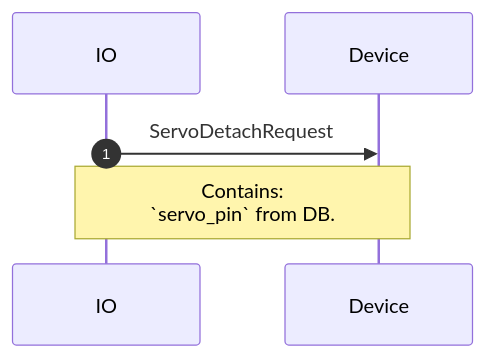
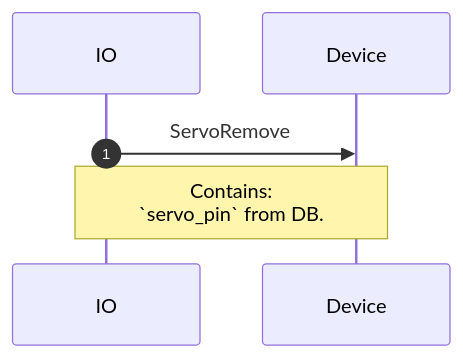
Before and after one commit to adafruit/Wippersnapper_Protobuf: the fourth of 5 diagrams in proto/wippersnapper/docs/servo.md, drawn with Mermaid. The commit also changed other lines of this file and 6 other files, not shown here.

````diff
--- a/proto/wippersnapper/docs/servo.md
+++ b/proto/wippersnapper/docs/servo.md
@@ -60,6 +55,6 @@
 ```mermaid
 sequenceDiagram
 autonumber
-IO->>Device: ServoDetachRequest
+IO->>Device: ServoRemove
 Note over IO, Device: Contains:<br> `servo_pin` from DB.
 ```
````
